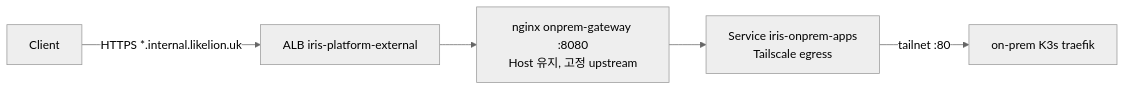
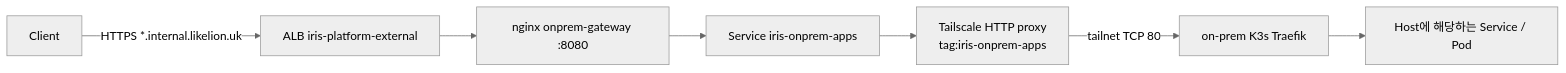
The diagram in docs/runbooks/onprem-gateway.md (2026-softbank-1/iris-infra), drawn with Mermaid (neutral theme) before and after one commit. The commit also changed other lines of this file and 18 other files, not shown here.

Commit message:
feat: configure on-prem HTTP gateway over Tailscale

````diff
--- a/docs/runbooks/onprem-gateway.md
+++ b/docs/runbooks/onprem-gateway.md
@@ -5,7 +5,9 @@
 ```mermaid
 flowchart LR
   C[Client] -->|HTTPS *.internal.likelion.uk| A[ALB iris-platform-external]
-  A --> N[nginx onprem-gateway :8080<br/>Host 유지, 고정 upstream]
-  N --> E[Service iris-onprem-apps<br/>Tailscale egress]
-  E -->|tailnet :80| T[on-prem K3s traefik]
+  A --> N[nginx onprem-gateway :8080]
+  N --> E[Service iris-onprem-apps]
+  E --> P[Tailscale HTTP proxy<br/>tag:iris-onprem-apps]
+  P -->|tailnet TCP 80| T[on-prem K3s Traefik]
+  T --> S[Host에 해당하는 Service / Pod]
 ```
````
